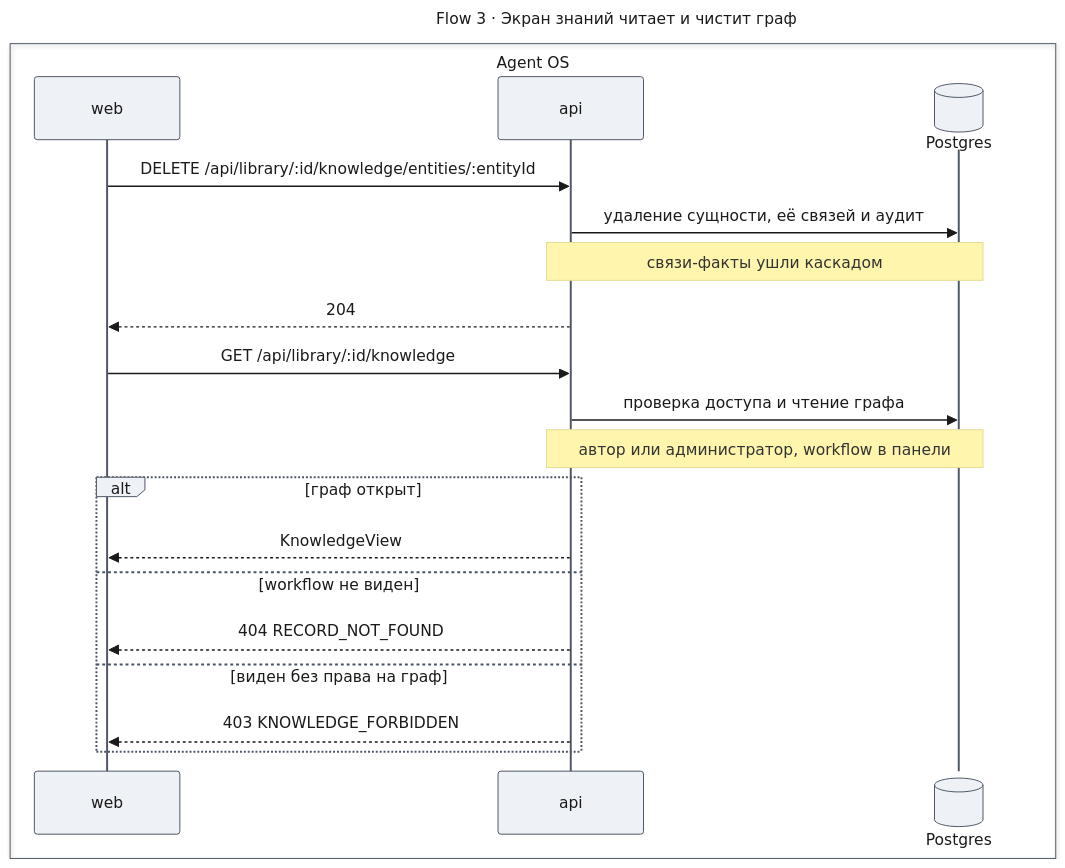
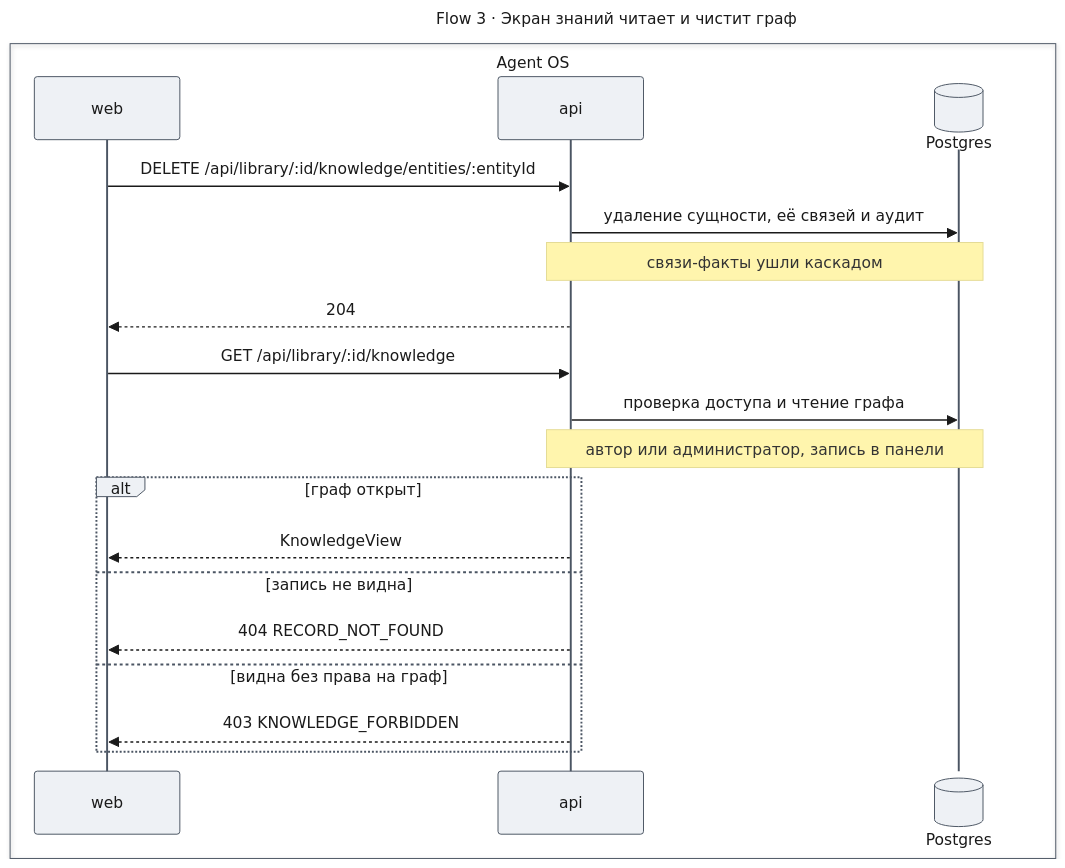
The eighth of 11 diagrams in docs/features/self-learning/design-core.md (tundraray/agent-os), drawn with Mermaid before and after one commit. The commit also changed other lines of this file and 13 other files, not shown here.

````diff
--- a/docs/features/self-learning/design-core.md
+++ b/docs/features/self-learning/design-core.md
@@ -654,44 +642,44 @@
 ```mermaid
 ---
 title: "Flow 3 · Экран знаний читает и чистит граф"
 config:
   theme: base
   look: classic
   themeVariables:
     primaryColor: "#eef1f5"
     primaryBorderColor: "#4b5563"
     primaryTextColor: "#1a1a1a"
     lineColor: "#6b7280"
   themeCSS: |
     @keyframes lit_f3{0%,11.25%{stroke:#991b1b;stroke-width:6px}12.5%,100%{stroke:#37474f;stroke-width:2px}}
     @keyframes litr_f3{0%,11.25%{stroke:#1d4ed8;stroke-width:6px}12.5%,100%{stroke:#37474f;stroke-width:2px}}
     .messageLine0[data-id='i0'],.messageLine1[data-id='i0']{animation:lit_f3 9.6s linear 0s infinite}
     .messageLine0[data-id='i1'],.messageLine1[data-id='i1']{animation:lit_f3 9.6s linear 1.2s infinite}
     .messageLine0[data-id='i3'],.messageLine1[data-id='i3']{animation:lit_f3 9.6s linear 2.4s infinite}
     .messageLine0[data-id='i4'],.messageLine1[data-id='i4']{animation:litr_f3 9.6s linear 3.6s infinite}
     .messageLine0[data-id='i5'],.messageLine1[data-id='i5']{animation:litr_f3 9.6s linear 4.8s infinite}
     .messageLine0[data-id='i8'],.messageLine1[data-id='i8']{animation:litr_f3 9.6s linear 6s infinite}
     .messageLine0[data-id='i10'],.messageLine1[data-id='i10']{animation:litr_f3 9.6s linear 7.2s infinite}
     .messageLine0[data-id='i12'],.messageLine1[data-id='i12']{animation:litr_f3 9.6s linear 8.4s infinite}
 ---
 sequenceDiagram
     box Agent OS
         participant web
         participant api
         participant DB@{ "type": "database" } as Postgres
     end
     web->>api: DELETE /api/library/:id/knowledge/entities/:entityId
     api->>DB: удаление сущности, её связей и аудит
     Note over api,DB: связи-факты ушли каскадом
     api-->>web: 204
     web->>api: GET /api/library/:id/knowledge
     api->>DB: проверка доступа и чтение графа
-    Note over api,DB: автор или администратор, workflow в панели
+    Note over api,DB: автор или администратор, запись в панели
     alt граф открыт
         api-->>web: KnowledgeView
-    else workflow не виден
+    else запись не видна
         api-->>web: 404 RECORD_NOT_FOUND
-    else виден без права на граф
+    else видна без права на граф
         api-->>web: 403 KNOWLEDGE_FORBIDDEN
     end
 ```
````
